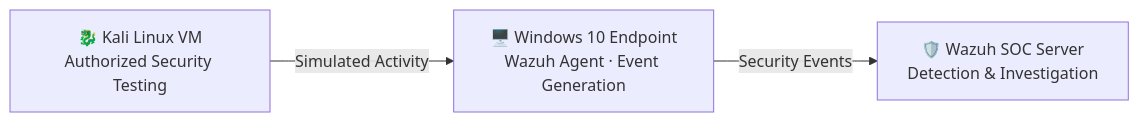
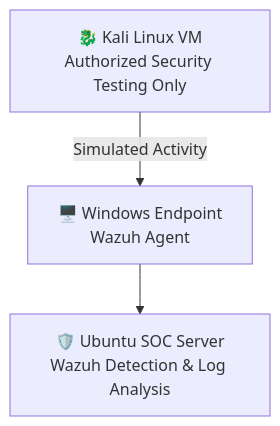
One commit to daniyal-sec/Wazuh-SOC-Home-Lab changed the second of 4 diagrams in README.md. Above: the diagram before and after it, drawn with Mermaid. The commit also changed other lines of this file, not shown here.

````diff
--- a/README.md
+++ b/README.md
@@ -121,5 +123,5 @@
 ```mermaid
-flowchart LR
-    K["🐉 Kali Linux VM<br/>Authorized Security Testing"] -- "Simulated Activity" --> W["🖥️ Windows 10 Endpoint<br/>Wazuh Agent · Event Generation"]
-    W -- "Security Events" --> S["🛡️ Wazuh SOC Server<br/>Detection & Investigation"]
+flowchart TD
+    K["🐉 Kali Linux VM<br/>Authorized Security Testing Only"] -- "Simulated Activity" --> W["🖥️ Windows Endpoint<br/>Wazuh Agent"]
+    W --> S["🛡️ Ubuntu SOC Server<br/>Wazuh Detection & Log Analysis"]
 ```
````
